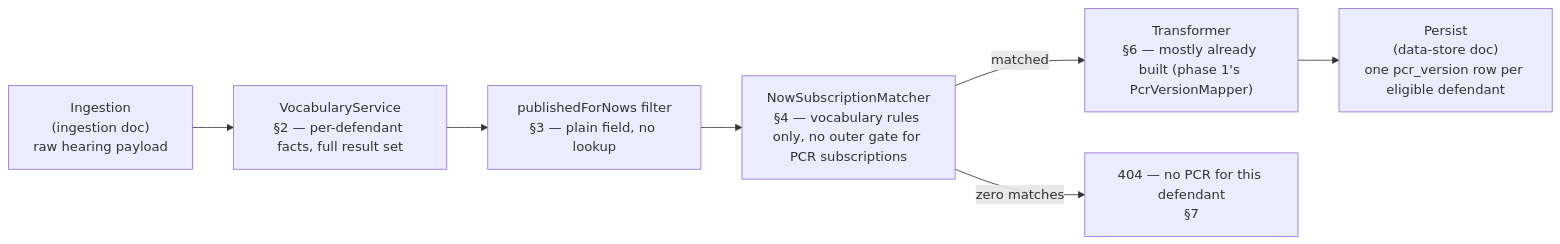
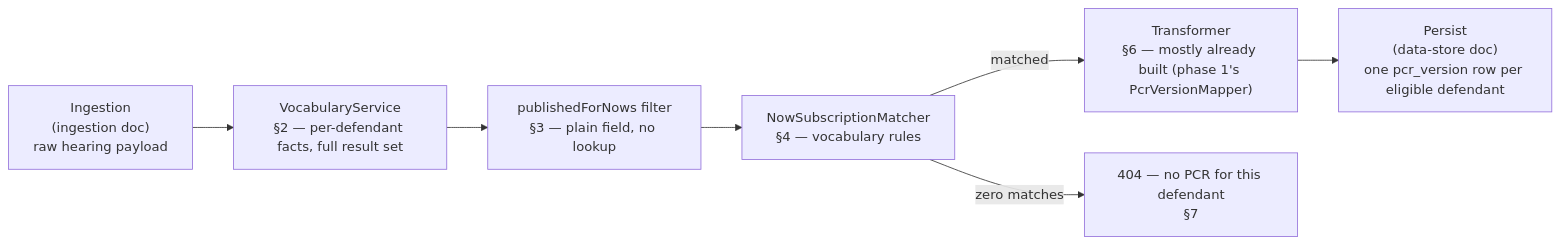
The diagram in docs/2026-07-22-pcr-orchestrator-design.md (hmcts/service-cp-crime-results-pcr), drawn with Mermaid before and after one commit. The commit also changed other lines of this file and 2 other files, not shown here.

````diff
--- a/docs/2026-07-22-pcr-orchestrator-design.md
+++ b/docs/2026-07-22-pcr-orchestrator-design.md
@@ -106,9 +80,9 @@
 ```mermaid
 flowchart LR
     Ingestion["Ingestion<br/>(ingestion doc)<br/>raw hearing payload"] --> Vocab["VocabularyService<br/>§2 — per-defendant facts, full result set"]
     Vocab --> Filter["publishedForNows filter<br/>§3 — plain field, no lookup"]
-    Filter --> Gate["NowSubscriptionMatcher<br/>§4 — vocabulary rules only, no outer gate for PCR subscriptions"]
+    Filter --> Gate["NowSubscriptionMatcher<br/>§4 — vocabulary rules"]
     Gate -->|"matched"| Transform["Transformer<br/>§6 — mostly already built (phase 1's PcrVersionMapper)"]
     Gate -->|"zero matches"| NoPcr["404 — no PCR for this defendant<br/>§7"]
     Transform --> Persist["Persist<br/>(data-store doc)<br/>one pcr_version row per eligible defendant"]
 ```
````
